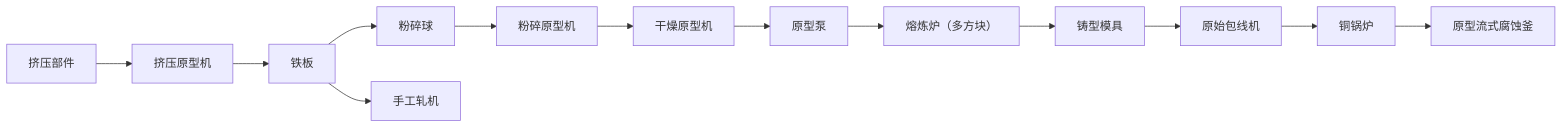
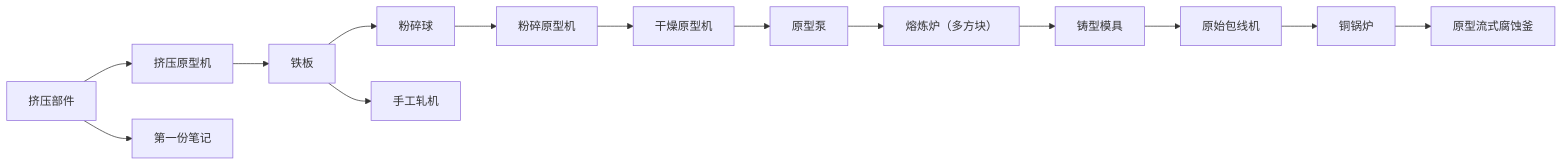
Before and after one commit to 1376127612/Sink-Journey: the first of 3 diagrams in kubejs/docs/QUEST_LINES.md, drawn with Mermaid. The commit also changed other lines of this file and 98 other files, not shown here.

````diff
--- a/kubejs/docs/QUEST_LINES.md
+++ b/kubejs/docs/QUEST_LINES.md
@@ -41,28 +41,30 @@
 ```mermaid
 graph LR
     M1["挤压部件"]
     M2["挤压原型机"]
     M3["铁板"]
     M4["粉碎球"]
     M5["粉碎原型机"]
     M6["干燥原型机"]
     M7["原型泵"]
     M8["熔炼炉（多方块）"]
     M9["铸型模具"]
     M10["原始包线机"]
     M11["铜锅炉"]
     M12["原型流式腐蚀釜"]
     M1 --> M2
     M2 --> M3
     M3 --> M4
     M4 --> M5
     M5 --> M6
     M6 --> M7
     M7 --> M8
     M8 --> M9
     M9 --> M10
     M10 --> M11
     M11 --> M12
     B1_1["手工轧机"]
     M3 --> B1_1
+    B2_1["第一份笔记"]
+    M1 --> B2_1
 ```
````
